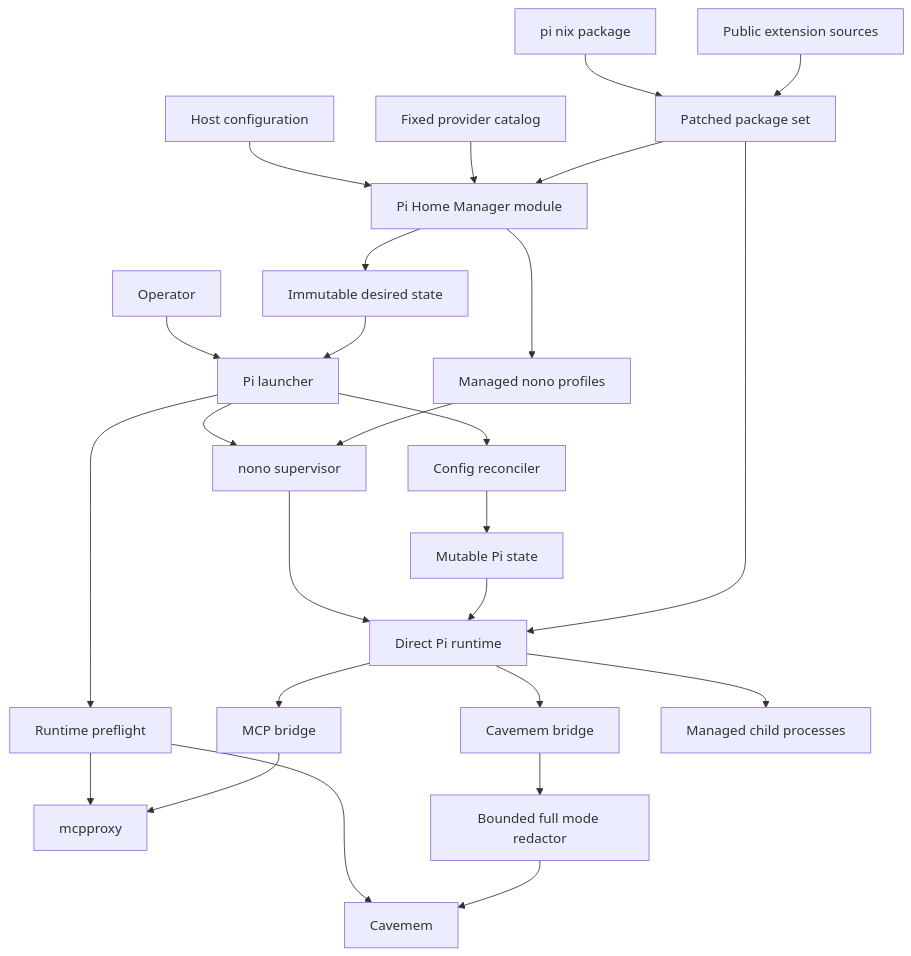
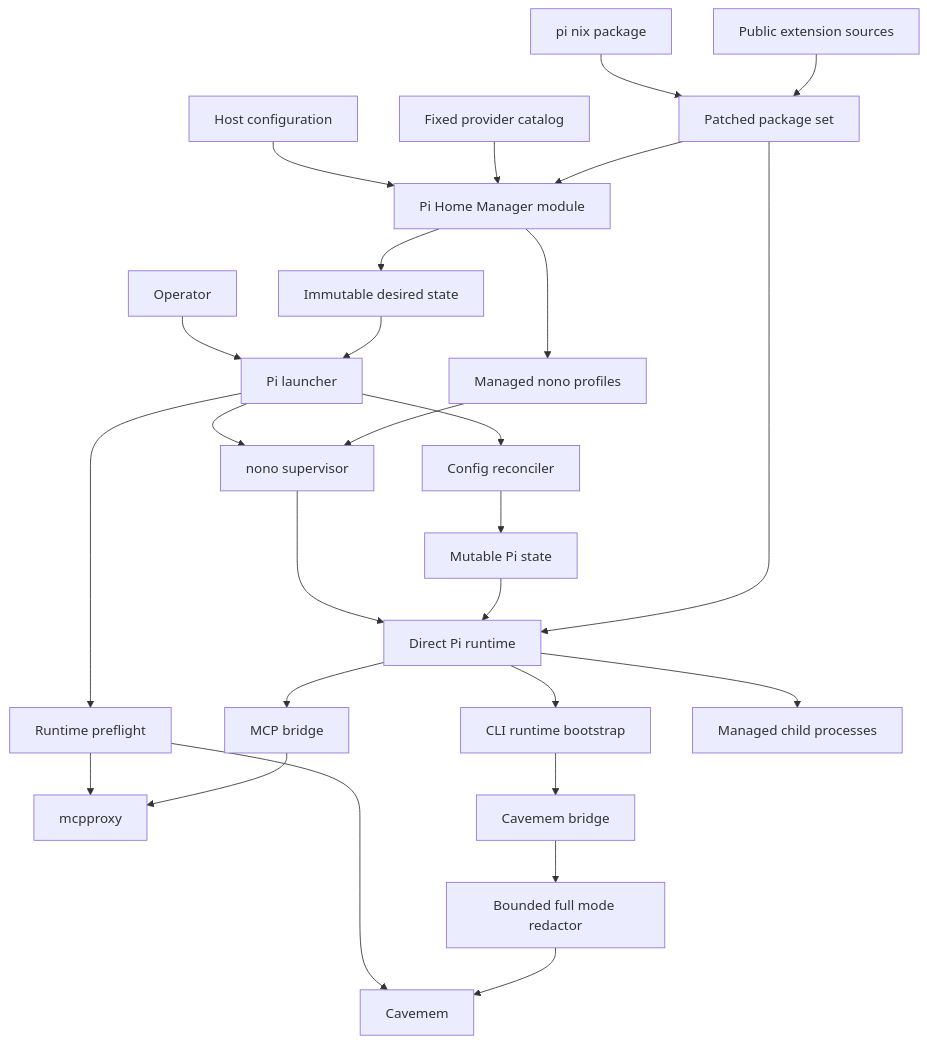
Before and after one commit to DWSR/nix-config: the first of 3 diagrams in .kiro/specs/pi-agent-integration/design.md, drawn with Mermaid. The commit also changed other lines of this file and 13 other files, not shown here.

````diff
--- a/.kiro/specs/pi-agent-integration/design.md
+++ b/.kiro/specs/pi-agent-integration/design.md
@@ -99,28 +95,29 @@
 ```mermaid
 flowchart TB
     PiNix[pi nix package] --> PackageSet[Patched package set]
     PublicSources[Public extension sources] --> PackageSet
     HostConfig[Host configuration] --> HomeModule[Pi Home Manager module]
     ProviderCatalog[Fixed provider catalog] --> HomeModule
     PackageSet --> HomeModule
     HomeModule --> DesiredState[Immutable desired state]
     HomeModule --> Profiles[Managed nono profiles]
     Operator[Operator] --> Launcher[Pi launcher]
     DesiredState --> Launcher
     Launcher --> Reconciler[Config reconciler]
     Reconciler --> PiState[Mutable Pi state]
     Launcher --> Preflight[Runtime preflight]
     Preflight --> McpProxy[mcpproxy]
     Preflight --> Cavemem[Cavemem]
     Launcher --> Nono[nono supervisor]
     Profiles --> Nono
     Nono --> PiRuntime[Direct Pi runtime]
     PiState --> PiRuntime
     PackageSet --> PiRuntime
+    PiRuntime --> RuntimeBootstrap[CLI runtime bootstrap]
     PiRuntime --> McpBridge[MCP bridge]
     McpBridge --> McpProxy
-    PiRuntime --> CaptureBridge[Cavemem bridge]
+    RuntimeBootstrap --> CaptureBridge[Cavemem bridge]
     CaptureBridge --> FullModeRedactor[Bounded full mode redactor]
     FullModeRedactor --> Cavemem
     PiRuntime --> ManagedChildren[Managed child processes]
 ```
````
